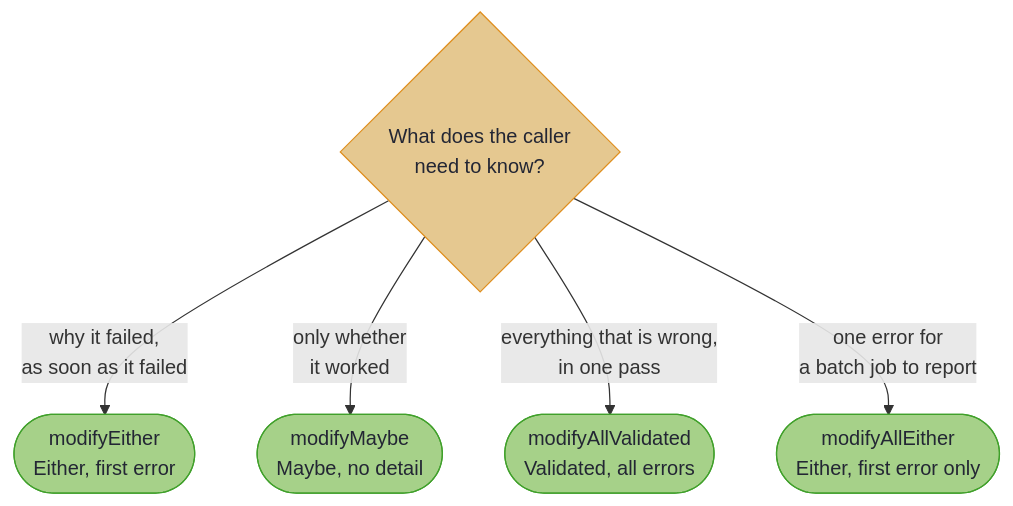
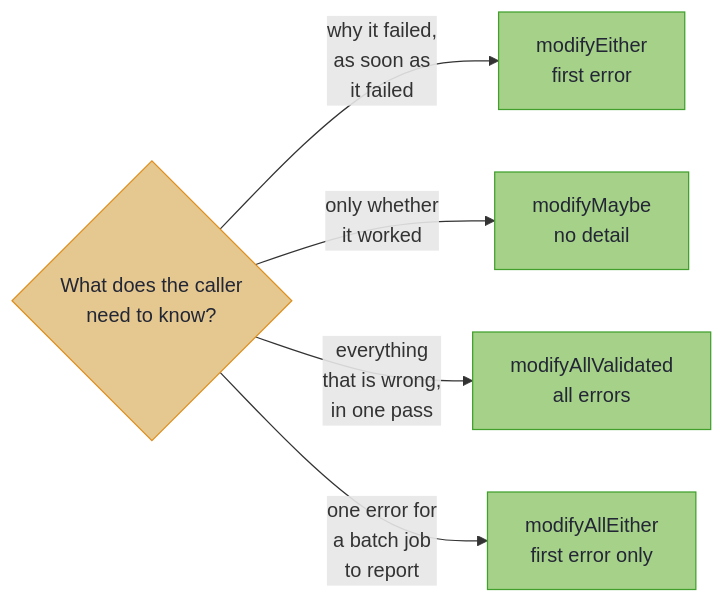
The diagram in hkj-book/src/optics/fluent_api.md (higher-kinded-j/higher-kinded-j), drawn with Mermaid before and after one commit. The commit also changed 24 other files, not shown here.

````diff
--- a/hkj-book/src/optics/fluent_api.md
+++ b/hkj-book/src/optics/fluent_api.md
@@ -77,15 +77,15 @@
 ```mermaid
-flowchart TD
+flowchart LR
     accTitle: Which validation method to use
     accDescr: If the caller needs to know why an update failed as soon as it failed, use modifyEither. If only whether it worked, modifyMaybe. If everything that is wrong in one pass, modifyAllValidated. If a batch job needs one error to report, modifyAllEither.
     Q{"What does the caller<br/>need to know?"}
-    Q -->|"why it failed,<br/>as soon as it failed"| E(["modifyEither<br/>Either, first error"])
-    Q -->|"only whether<br/>it worked"| M(["modifyMaybe<br/>Maybe, no detail"])
-    Q -->|"everything that is wrong,<br/>in one pass"| V(["modifyAllValidated<br/>Validated, all errors"])
-    Q -->|"one error for<br/>a batch job to report"| A(["modifyAllEither<br/>Either, first error only"])
+    Q -->|"why it failed,<br/>as soon as<br/>it failed"| E["modifyEither<br/>first error"]
+    Q -->|"only whether<br/>it worked"| M["modifyMaybe<br/>no detail"]
+    Q -->|"everything<br/>that is wrong,<br/>in one pass"| V["modifyAllValidated<br/>all errors"]
+    Q -->|"one error for<br/>a batch job<br/>to report"| A["modifyAllEither<br/>first error only"]
 
     classDef decision fill:#e5c890,stroke:#df8e1d,color:#232634
     classDef tier fill:#a6d189,stroke:#40a02b,color:#232634
     class Q decision
     class E,M,V,A tier
 ```
````
